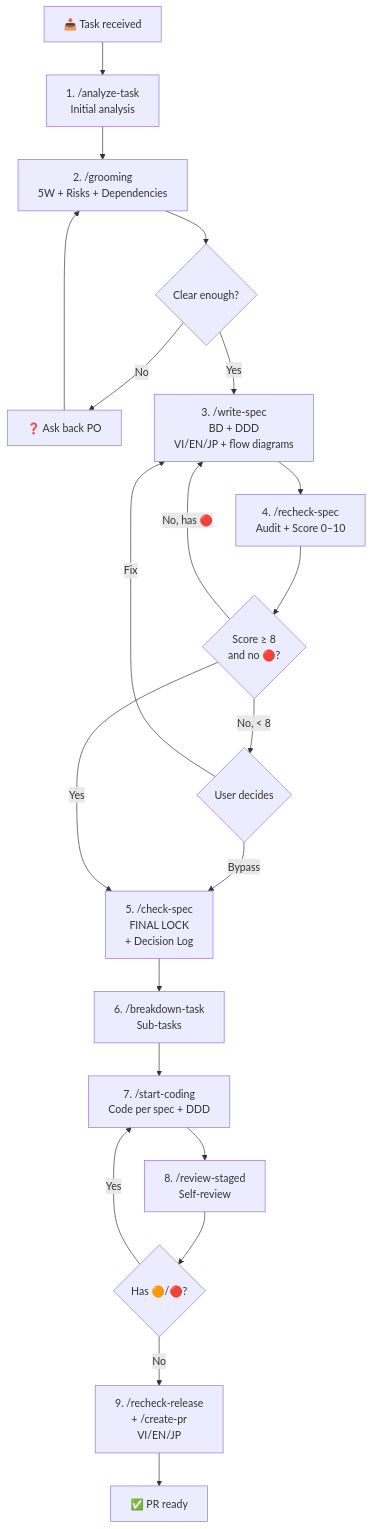
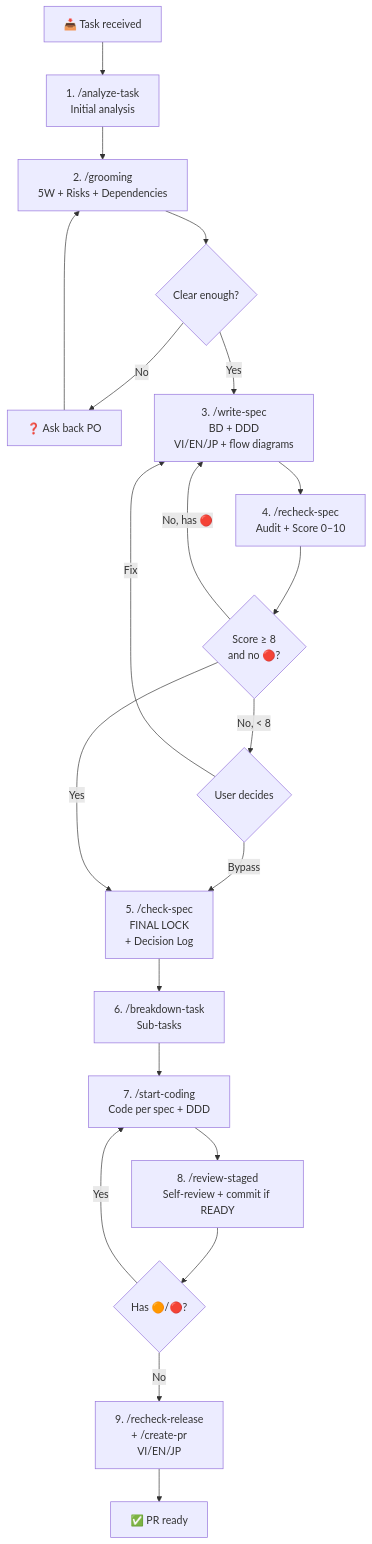
One commit to lam-vd/workflow-kit changed the diagram in docs/workflow/SENIOR-WORKFLOW.md. Above: the diagram before and after it, drawn with Mermaid. The commit also changed other lines of this file and 23 other files, not shown here.

````diff
--- a/docs/workflow/SENIOR-WORKFLOW.md
+++ b/docs/workflow/SENIOR-WORKFLOW.md
@@ -16,23 +16,23 @@
 ```mermaid
 flowchart TD
     A[📥 Task received] --> B[1. /analyze-task<br/>Initial analysis]
     B --> C[2. /grooming<br/>5W + Risks + Dependencies]
     C --> D{Clear enough?}
     D -->|No| E[❓ Ask back PO]
     E --> C
     D -->|Yes| F[3. /write-spec<br/>BD + DDD<br/>VI/EN/JP + flow diagrams]
     F --> G[4. /recheck-spec<br/>Audit + Score 0–10]
     G --> H{Score ≥ 8<br/>and no 🔴?}
     H -->|No, has 🔴| F
     H -->|No, < 8| H2{User decides}
     H2 -->|Fix| F
     H2 -->|Bypass| I[5. /check-spec<br/>FINAL LOCK<br/>+ Decision Log]
     H -->|Yes| I
     I --> J[6. /breakdown-task<br/>Sub-tasks]
     J --> K[7. /start-coding<br/>Code per spec + DDD]
-    K --> L[8. /review-staged<br/>Self-review]
+    K --> L[8. /review-staged<br/>Self-review + commit if READY]
     L --> M{Has 🟠/🔴?}
     M -->|Yes| K
     M -->|No| N[9. /recheck-release<br/>+ /create-pr<br/>VI/EN/JP]
     N --> O[✅ PR ready]
 ```
````
